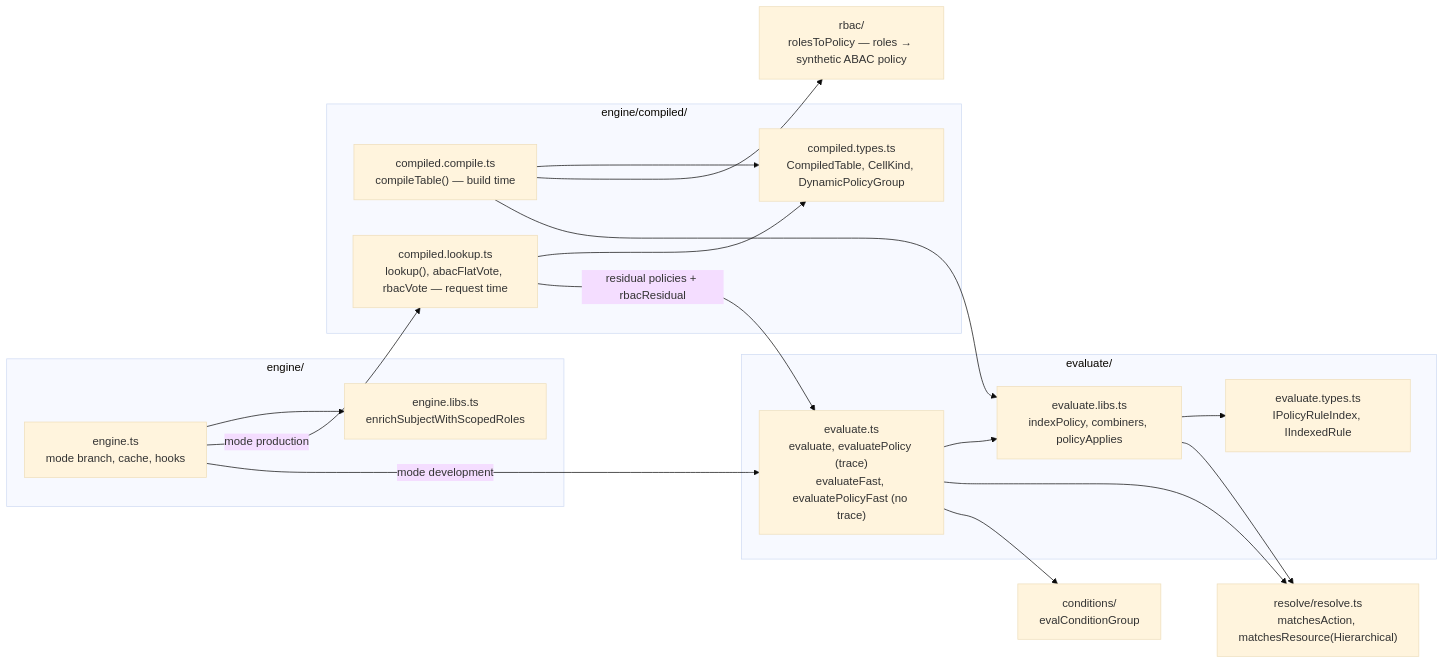
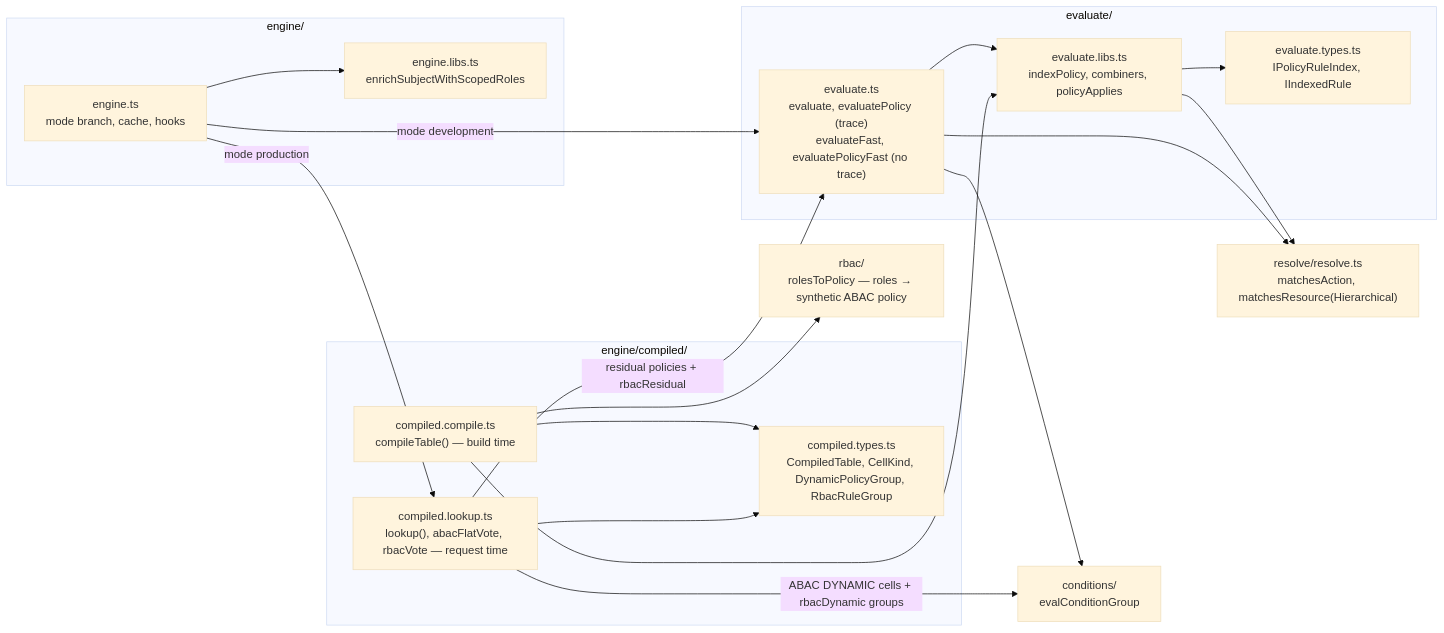
Before and after one commit to gentleeduck/duck-iam: the third of 6 diagrams in packages/duck-iam/docs/compiled-engine-explained.md, drawn with Mermaid (base theme). The commit also changed other lines of this file and 8 other files, not shown here.

First line of the commit message:
feat(iam): fast-path scoped/conditioned RBAC permissions (rbacDynamic)

````diff
--- a/packages/duck-iam/docs/compiled-engine-explained.md
+++ b/packages/duck-iam/docs/compiled-engine-explained.md
@@ -76,34 +80,35 @@
 ```mermaid
 graph LR
     subgraph "engine/"
         ENGINE["engine.ts<br/>mode branch, cache, hooks"]
         ELIBS["engine.libs.ts<br/>enrichSubjectWithScopedRoles"]
     end
     subgraph "engine/compiled/"
         COMPILE["compiled.compile.ts<br/>compileTable() — build time"]
         LOOKUP["compiled.lookup.ts<br/>lookup(), abacFlatVote, rbacVote — request time"]
-        CTYPES["compiled.types.ts<br/>CompiledTable, CellKind, DynamicPolicyGroup"]
+        CTYPES["compiled.types.ts<br/>CompiledTable, CellKind, DynamicPolicyGroup, RbacRuleGroup"]
     end
     subgraph "evaluate/"
         EVAL["evaluate.ts<br/>evaluate, evaluatePolicy (trace)<br/>evaluateFast, evaluatePolicyFast (no trace)"]
         ELIBS2["evaluate.libs.ts<br/>indexPolicy, combiners, policyApplies"]
         ETYPES["evaluate.types.ts<br/>IPolicyRuleIndex, IIndexedRule"]
     end
     RESOLVE["resolve/resolve.ts<br/>matchesAction, matchesResource(Hierarchical)"]
     RBAC["rbac/<br/>rolesToPolicy — roles → synthetic ABAC policy"]
     COND["conditions/<br/>evalConditionGroup"]
 
     ENGINE --> ELIBS
     ENGINE -->|mode production| LOOKUP
     ENGINE -->|mode development| EVAL
     LOOKUP --> CTYPES
     LOOKUP -->|residual policies + rbacResidual| EVAL
+    LOOKUP -->|ABAC DYNAMIC cells + rbacDynamic groups| COND
     COMPILE --> CTYPES
     COMPILE --> RBAC
     COMPILE --> ELIBS2
     EVAL --> ELIBS2
     EVAL --> RESOLVE
     EVAL --> COND
     ELIBS2 --> ETYPES
     ELIBS2 --> RESOLVE
 ```
````
